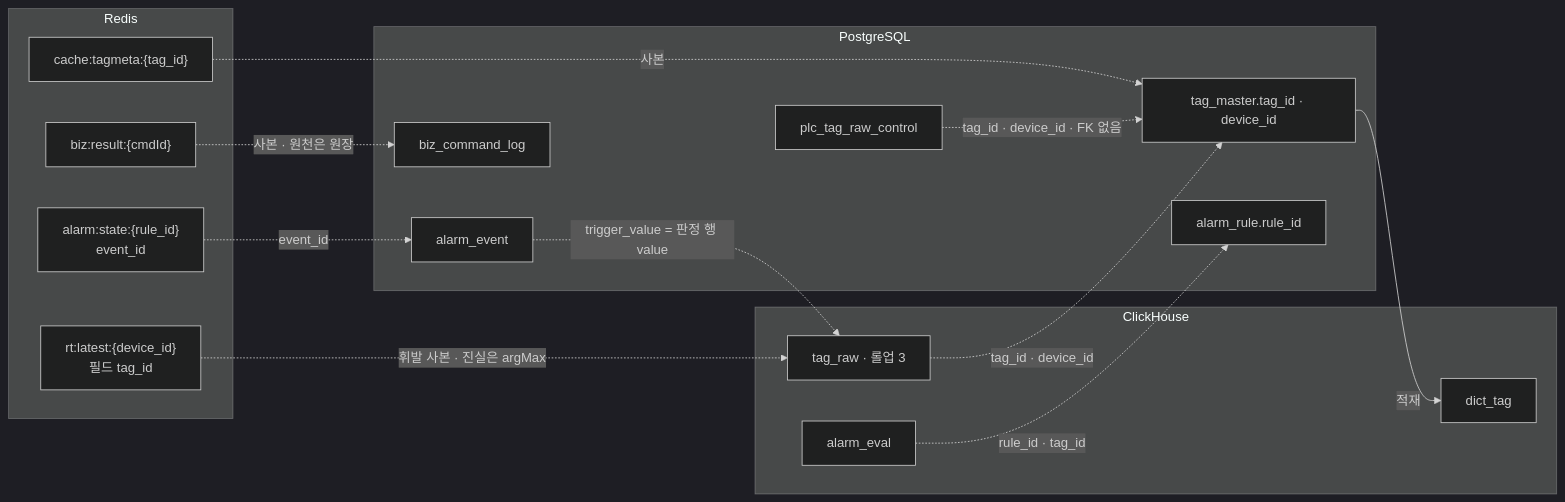
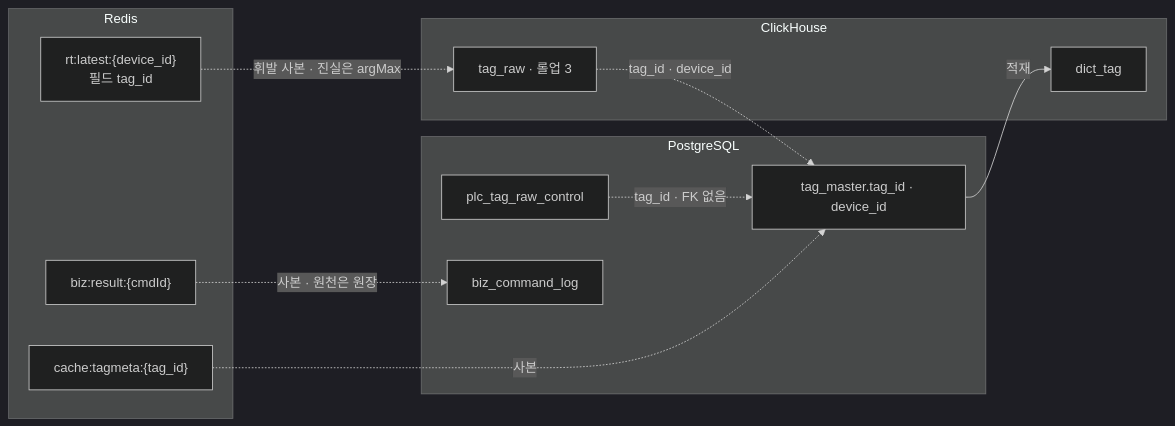
Before and after one commit to jaepil02/db_study: the third of 3 diagrams in docs/05_data_stores/erd.md, drawn with Mermaid (dark theme). The commit also changed other lines of this file and 128 other files, not shown here.

````diff
--- a/docs/05_data_stores/erd.md
+++ b/docs/05_data_stores/erd.md
@@ -255,31 +194,24 @@
 ```mermaid
 flowchart LR
     subgraph PG["PostgreSQL"]
         TM["tag_master.tag_id · device_id"]
-        AR["alarm_rule.rule_id"]
-        AEV["alarm_event"]
         CTL["plc_tag_raw_control"]
         BCL["biz_command_log"]
     end
     subgraph CH["ClickHouse"]
         RAW["tag_raw · 롤업 3"]
-        AE["alarm_eval"]
         DICT["dict_tag"]
     end
     subgraph RD["Redis"]
         RTL["rt:latest:{device_id}<br/>필드 tag_id"]
-        AST["alarm:state:{rule_id}<br/>event_id"]
         TMC["cache:tagmeta:{tag_id}"]
         BRS["biz:result:{cmdId}"]
     end
 
     RAW -.->|"tag_id · device_id"| TM
-    AE -.->|"rule_id · tag_id"| AR
-    CTL -.->|"tag_id · device_id · FK 없음"| TM
-    AEV -.->|"trigger_value = 판정 행 value"| RAW
+    CTL -.->|"tag_id · FK 없음"| TM
     RTL -.->|"휘발 사본 · 진실은 argMax"| RAW
-    AST -.->|"event_id"| AEV
     TMC -.->|"사본"| TM
     BRS -.->|"사본 · 원천은 원장"| BCL
     TM -->|"적재"| DICT
 ```
````
